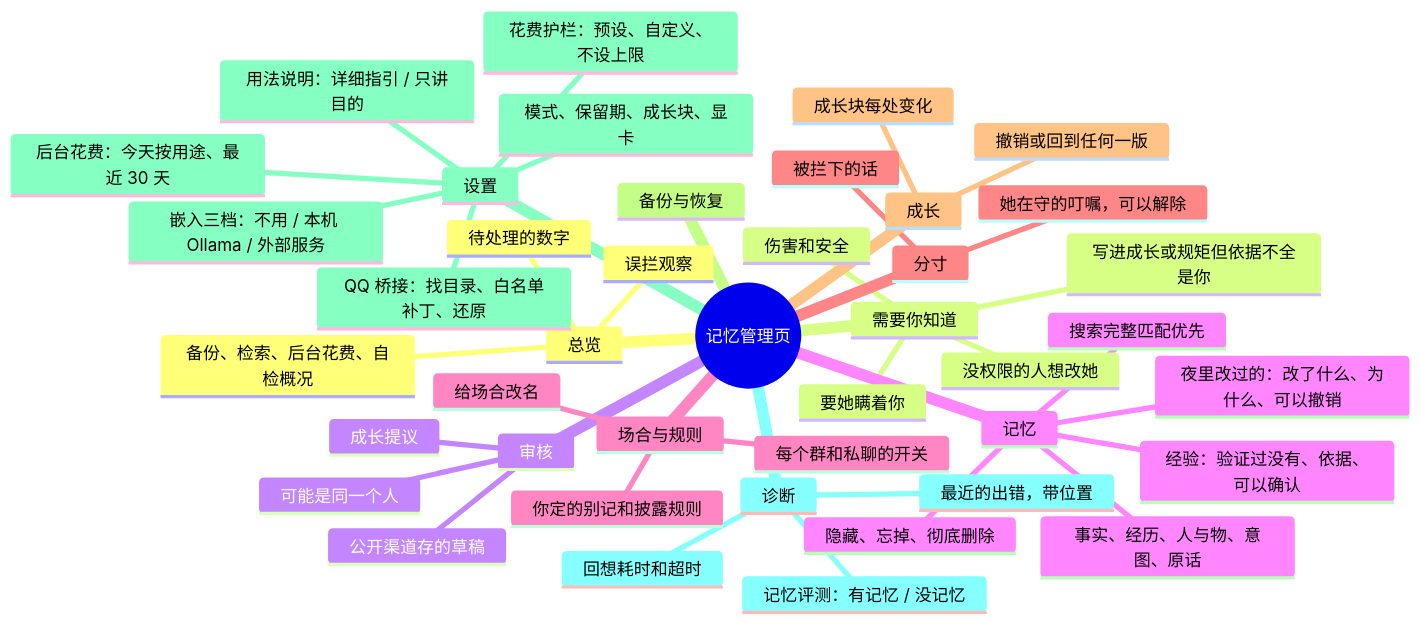
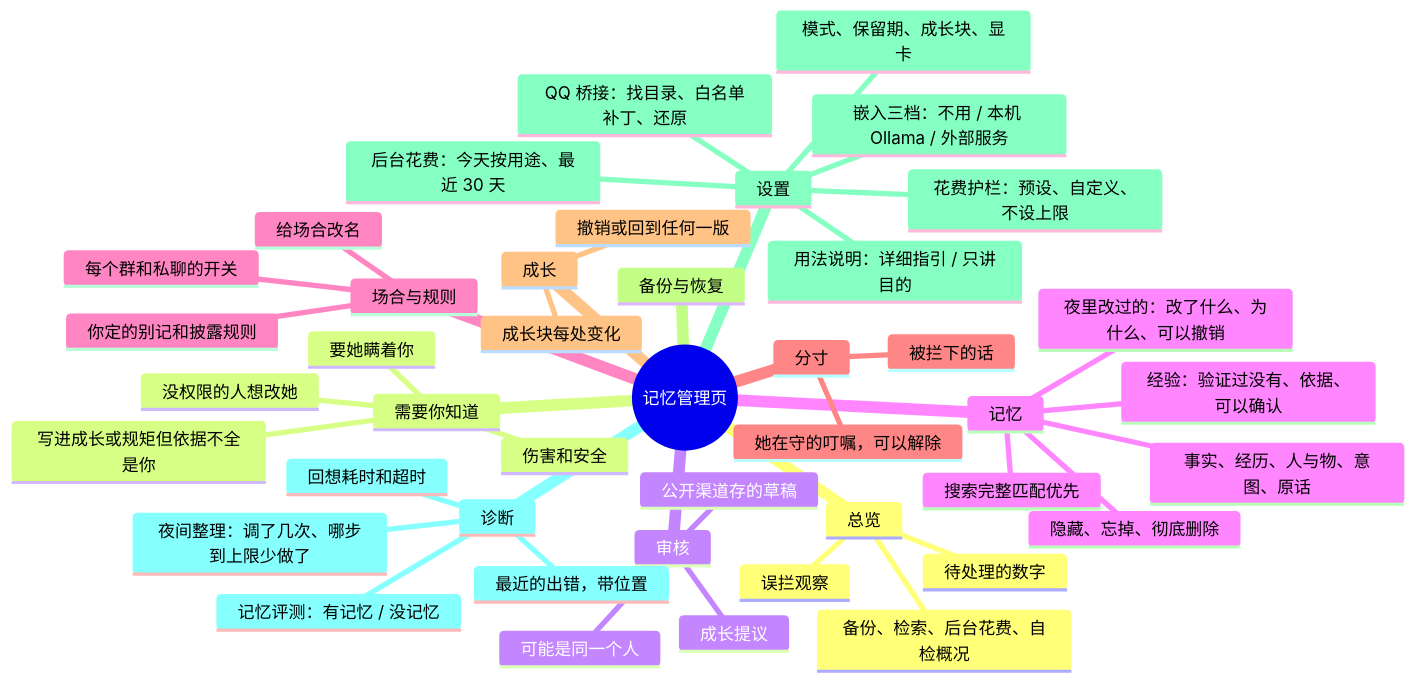
Before and after one commit to QiuYeDx/dsh-rugu: the ninth of 9 diagrams in docs/图解.md, drawn with Mermaid. The commit also changed other lines of this file and 17 other files, not shown here.

````diff
--- a/docs/图解.md
+++ b/docs/图解.md
@@ -307,45 +309,46 @@
 ```mermaid
 mindmap
   root((记忆管理页))
     总览
       待处理的数字
       误拦观察
       备份、检索、后台花费、自检概况
     需要你知道
       没权限的人想改她
       要她瞒着你
       伤害和安全
       写进成长或规矩但依据不全是你
     审核
       公开渠道存的草稿
       可能是同一个人
       成长提议
     记忆
       事实、经历、人与物、意图、原话
       夜里改过的：改了什么、为什么、可以撤销
       经验：验证过没有、依据、可以确认
       隐藏、忘掉、彻底删除
       搜索完整匹配优先
     场合与规则
       每个群和私聊的开关
       给场合改名
       你定的别记和披露规则
     分寸
       被拦下的话
       她在守的叮嘱，可以解除
     成长
       成长块每处变化
       撤销或回到任何一版
     备份与恢复
     设置
       嵌入三档：不用 / 本机 Ollama / 外部服务
       QQ 桥接：找目录、白名单补丁、还原
       模式、保留期、成长块、显卡
       用法说明：详细指引 / 只讲目的
       后台花费：今天按用途、最近 30 天
       花费护栏：预设、自定义、不设上限
     诊断
+      夜间整理：调了几次、哪步到上限少做了
       最近的出错，带位置
       回想耗时和超时
       记忆评测：有记忆 / 没记忆
 ```
````
